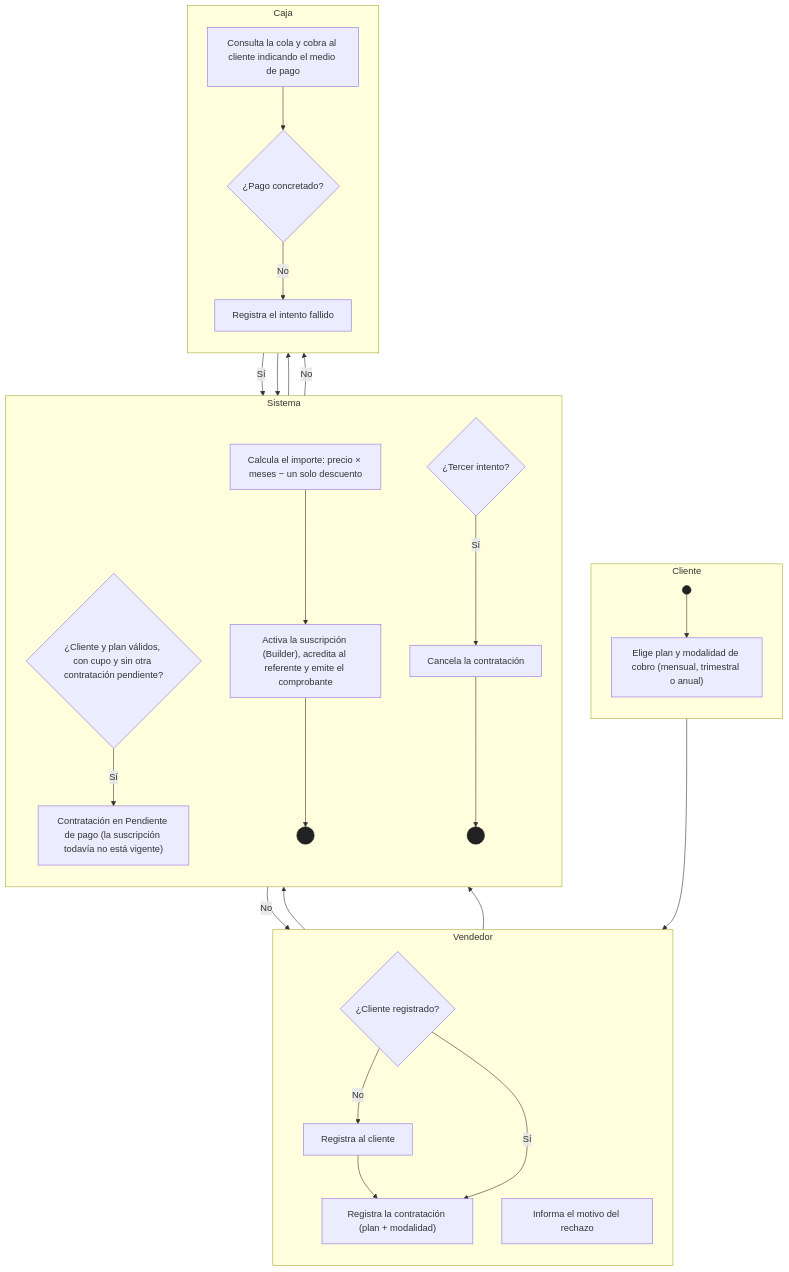
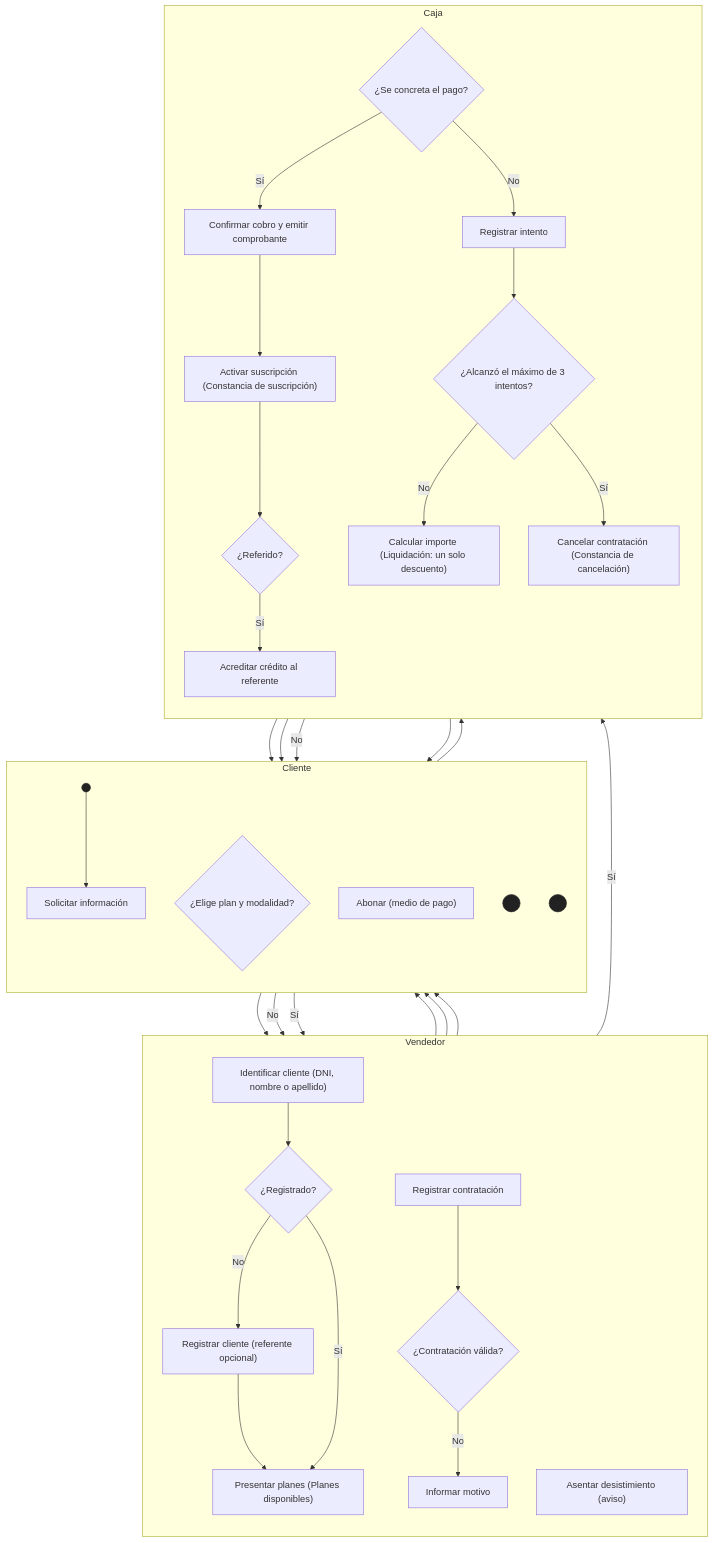
Before and after one commit to valentinamorana/Trabajo-de-Diploma: the diagram in docs/diagramas/mermaid/ACT_pn02_comercializacion.mmd, drawn with Mermaid. The commit also changed 89 other files, not shown here.

```diff
--- a/docs/diagramas/mermaid/ACT_pn02_comercializacion.mmd
+++ b/docs/diagramas/mermaid/ACT_pn02_comercializacion.mmd
@@ -1,51 +1,62 @@
 flowchart TD
   subgraph C["Cliente"]
     direction TB
     i((" "))
-    a1["Elige plan y modalidad de cobro (mensual, trimestral o anual)"]
+    a1["Solicitar información"]
+    d2{"¿Elige plan y modalidad?"}
+    a9["Abonar (medio de pago)"]
+    f(((" ")))
+    f2(((" ")))
   end
   subgraph V["Vendedor"]
     direction TB
-    d1{"¿Cliente registrado?"}
-    a2["Registra al cliente"]
-    a3["Registra la contratación (plan + modalidad)"]
-    a4["Informa el motivo del rechazo"]
-  end
-  subgraph S["Sistema"]
-    direction TB
-    d2{"¿Cliente y plan válidos, con cupo y sin otra contratación pendiente?"}
-    a5["Contratación en Pendiente de pago (la suscripción todavía no está vigente)"]
-    a7["Calcula el importe: precio × meses − un solo descuento"]
-    a8["Activa la suscripción (Builder), acredita al referente y emite el comprobante"]
-    d4{"¿Tercer intento?"}
-    a10["Cancela la contratación"]
-    f(((" ")))
-    f2(((" ")))
+    a2["Identificar cliente (DNI, nombre o apellido)"]
+    d1{"¿Registrado?"}
+    a3["Registrar cliente (referente opcional)"]
+    a4["Presentar planes (Planes disponibles)"]
+    a5["Asentar desistimiento (aviso)"]
+    a6["Registrar contratación"]
+    d3{"¿Contratación válida?"}
+    a7["Informar motivo"]
   end
   subgraph J["Caja"]
     direction TB
-    a6["Consulta la cola y cobra al cliente indicando el medio de pago"]
-    d3{"¿Pago concretado?"}
-    a9["Registra el intento fallido"]
+    a8["Calcular importe (Liquidación: un solo descuento)"]
+    d4{"¿Se concreta el pago?"}
+    a10["Confirmar cobro y emitir comprobante"]
+    a11["Activar suscripción (Constancia de suscripción)"]
+    d5{"¿Referido?"}
+    a12["Acreditar crédito al referente"]
+    a13["Registrar intento"]
+    d6{"¿Alcanzó el máximo de 3 intentos?"}
+    a14["Cancelar contratación (Constancia de cancelación)"]
   end
   i --> a1
-  a1 --> d1
-  d1 -- "No" --> a2
-  a2 --> a3
-  d1 -- "Sí" --> a3
-  a3 --> d2
-  d2 -- "No" --> a4
-  a4 --> f2
-  d2 -- "Sí" --> a5
-  a5 --> a6
+  a1 --> a2
+  a2 --> d1
+  d1 -- "No" --> a3
+  a3 --> a4
+  d1 -- "Sí" --> a4
+  a4 --> d2
+  d2 -- "No" --> a5
+  a5 --> f2
+  d2 -- "Sí" --> a6
   a6 --> d3
-  d3 -- "Sí" --> a7
-  a7 --> a8
-  a8 --> f
-  d3 -- "No" --> a9
+  d3 -- "No" --> a7
+  a7 --> f2
+  d3 -- "Sí" --> a8
+  a8 --> a9
   a9 --> d4
   d4 -- "Sí" --> a10
-  a10 --> f2
-  d4 -- "No" --> a6
+  a10 --> a11
+  a11 --> d5
+  d5 -- "Sí" --> a12
+  a12 --> f
+  d5 -- "No" --> f
+  d4 -- "No" --> a13
+  a13 --> d6
+  d6 -- "No" --> a8
+  d6 -- "Sí" --> a14
+  a14 --> f2
   classDef ini fill:#222,stroke:#222,color:#222
   class i,f,f2 ini
```
